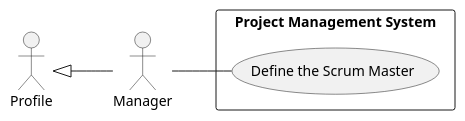
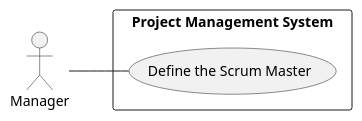
The diagram in docs/modelling_design/user_stories/us013/US013_DefineSMOfAProjectUCD.puml (ivo-menezes/project_g3), drawn with PlantUML before and after one commit.

Commit message:
US013: Design: update use case diagram

```diff
--- a/docs/modelling_design/user_stories/us013/US013_DefineSMOfAProjectUCD.puml
+++ b/docs/modelling_design/user_stories/us013/US013_DefineSMOfAProjectUCD.puml
@@ -1,14 +1,12 @@
 @startuml
 left to right direction
 
-:Profile: as Profile
-Profile <|-- :Manager:
+:Manager: as Manager
 
 rectangle "Project Management System"{
 
-:Manager: as Manager
 Manager -- (Define the Scrum Master)
 
 }
 
 @enduml
```
